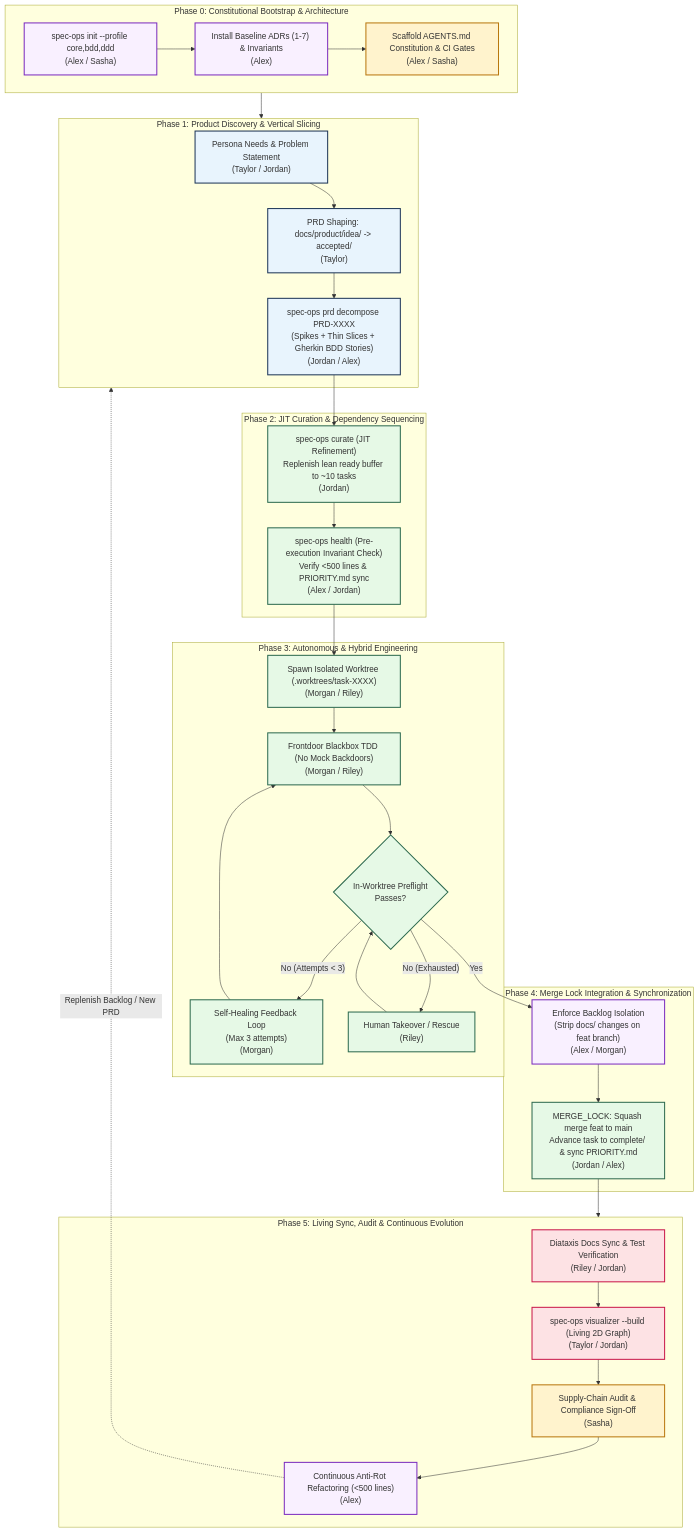
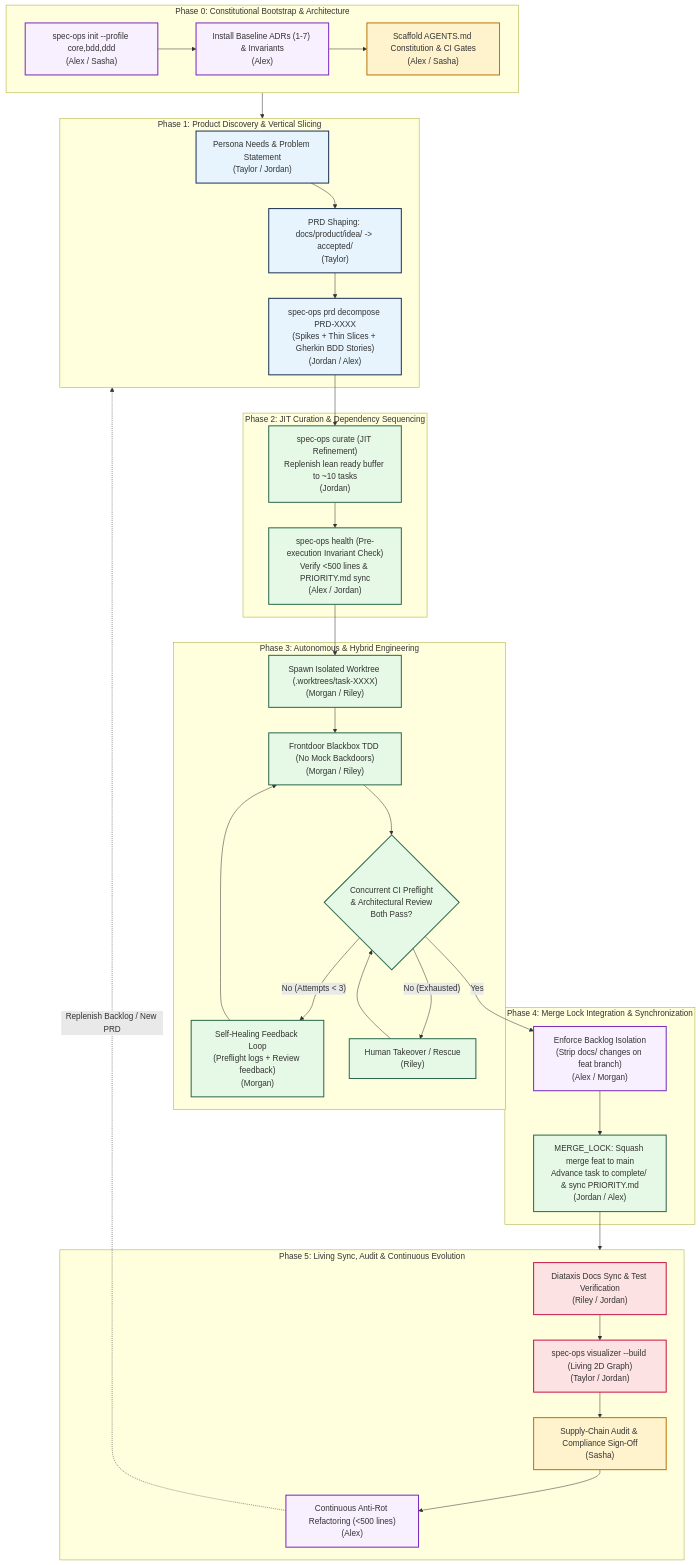
The diagram in docs/explanation/project-lifecycle.md (tyevans/spec-ops), drawn with Mermaid before and after one commit. The commit also changed other lines of this file and 21 other files, not shown here.

First line of the commit message:
feat(worker): concurrent architectural task review step and self-healing feedback loop

````diff
--- a/docs/explanation/project-lifecycle.md
+++ b/docs/explanation/project-lifecycle.md
@@ -18,61 +18,61 @@
 ```mermaid
 flowchart TD
     classDef arch fill:#f9f0ff,stroke:#7b2cbf,stroke-width:2px;
     classDef prod fill:#e8f4fd,stroke:#1d3557,stroke-width:2px;
     classDef eng fill:#e6f9e6,stroke:#2d6a4f,stroke-width:2px;
     classDef sec fill:#fff3cd,stroke:#b9770e,stroke-width:2px;
     classDef doc fill:#fde2e4,stroke:#c9184a,stroke-width:2px;
 
     subgraph Phase0["Phase 0: Constitutional Bootstrap & Architecture"]
         P0_Init["spec-ops init --profile core,bdd,ddd\n(Alex / Sasha)"]:::arch
         P0_ADR["Install Baseline ADRs (1-7) & Invariants\n(Alex)"]:::arch
         P0_Const["Scaffold AGENTS.md Constitution & CI Gates\n(Alex / Sasha)"]:::sec
         P0_Init --> P0_ADR --> P0_Const
     end
 
     subgraph Phase1["Phase 1: Product Discovery & Vertical Slicing"]
         P1_Idea["Persona Needs & Problem Statement\n(Taylor / Jordan)"]:::prod
         P1_PRD["PRD Shaping: docs/product/idea/ -> accepted/\n(Taylor)"]:::prod
         P1_Decomp["spec-ops prd decompose PRD-XXXX\n(Spikes + Thin Slices + Gherkin BDD Stories)\n(Jordan / Alex)"]:::prod
         P1_Idea --> P1_PRD --> P1_Decomp
     end
 
     subgraph Phase2["Phase 2: JIT Curation & Dependency Sequencing"]
         P2_Curate["spec-ops curate (JIT Refinement)\nReplenish lean ready buffer to ~10 tasks\n(Jordan)"]:::eng
         P2_Health["spec-ops health (Pre-execution Invariant Check)\nVerify <500 lines & PRIORITY.md sync\n(Alex / Jordan)"]:::eng
         P2_Curate --> P2_Health
     end
 
     subgraph Phase3["Phase 3: Autonomous & Hybrid Engineering"]
         P3_Worktree["Spawn Isolated Worktree (.worktrees/task-XXXX)\n(Morgan / Riley)"]:::eng
         P3_Frontdoor["Frontdoor Blackbox TDD (No Mock Backdoors)\n(Morgan / Riley)"]:::eng
-        P3_Preflight{"In-Worktree Preflight\nPasses?"}:::eng
-        P3_SelfHeal["Self-Healing Feedback Loop\n(Max 3 attempts)\n(Morgan)"]:::eng
+        P3_Gate{"Concurrent CI Preflight\n& Architectural Review\nBoth Pass?"}:::eng
+        P3_SelfHeal["Self-Healing Feedback Loop\n(Preflight logs + Review feedback)\n(Morgan)"]:::eng
         P3_Rescue["Human Takeover / Rescue\n(Riley)"]:::eng
 
-        P3_Worktree --> P3_Frontdoor --> P3_Preflight
-        P3_Preflight -- No (Attempts < 3) --> P3_SelfHeal --> P3_Frontdoor
-        P3_Preflight -- No (Exhausted) --> P3_Rescue --> P3_Preflight
+        P3_Worktree --> P3_Frontdoor --> P3_Gate
+        P3_Gate -- No (Attempts < 3) --> P3_SelfHeal --> P3_Frontdoor
+        P3_Gate -- No (Exhausted) --> P3_Rescue --> P3_Gate
     end
 
     subgraph Phase4["Phase 4: Merge Lock Integration & Synchronization"]
         P4_Iso["Enforce Backlog Isolation\n(Strip docs/ changes on feat branch)\n(Alex / Morgan)"]:::arch
         P4_Merge["MERGE_LOCK: Squash merge feat to main\nAdvance task to complete/ & sync PRIORITY.md\n(Jordan / Alex)"]:::eng
         P4_Iso --> P4_Merge
     end
 
     subgraph Phase5["Phase 5: Living Sync, Audit & Continuous Evolution"]
         P5_Doc["Diataxis Docs Sync & Test Verification\n(Riley / Jordan)"]:::doc
         P5_Viz["spec-ops visualizer --build (Living 2D Graph)\n(Taylor / Jordan)"]:::doc
         P5_Sec["Supply-Chain Audit & Compliance Sign-Off\n(Sasha)"]:::sec
         P5_AntiRot["Continuous Anti-Rot Refactoring (<500 lines)\n(Alex)"]:::arch
         P5_Doc --> P5_Viz --> P5_Sec --> P5_AntiRot
     end
 
     Phase0 --> Phase1
     P1_Decomp --> P2_Curate
     P2_Health --> P3_Worktree
-    P3_Preflight -- Yes --> P4_Iso
+    P3_Gate -- Yes --> P4_Iso
     P4_Merge --> Phase5
     P5_AntiRot -.->|Replenish Backlog / New PRD| Phase1
 ```
````
